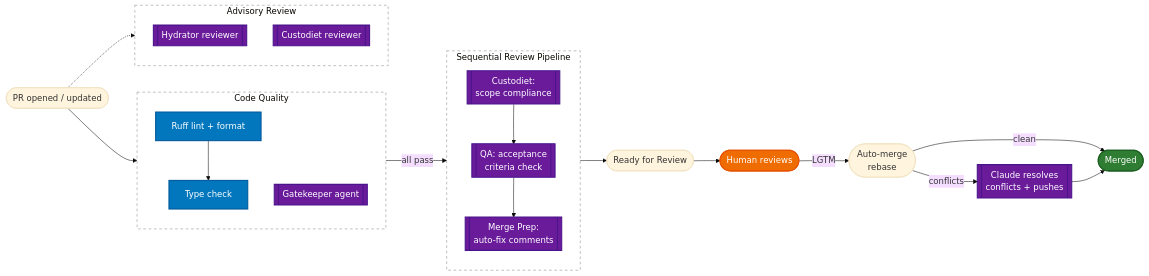
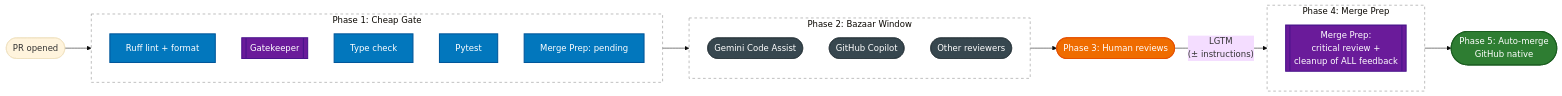
Before and after one commit to nicsuzor/academicOps: the diagram in README.md, drawn with Mermaid (base theme). The commit also changed other lines of this file and 9 other files, not shown here.

First line of the commit message:
feat: implement PR pipeline v2 — cron-based merge-prep, bazaar model

````diff
--- a/README.md
+++ b/README.md
@@ -17,49 +17,47 @@
 ```mermaid
 flowchart LR
-    PR([PR opened / updated]) --> CQ
+    PR([PR opened]) --> CQ
 
-    subgraph CQ [Code Quality]
+    subgraph CQ [Phase 1: Cheap Gate]
         Lint[Ruff lint + format]
-        Gate[[Gatekeeper agent]]
+        Gate[[Gatekeeper]]
         Types[Type check]
-        Lint --> Types
+        Tests[Pytest]
+        MPGate[Merge Prep: pending]
     end
 
-    subgraph Review [Sequential Review Pipeline]
+    CQ --> Bazaar
+
+    subgraph Bazaar [Phase 2: Bazaar Window]
         direction TB
-        Cust[[Custodiet:<br/>scope compliance]]
-        Cust --> QA[[QA: acceptance<br/>criteria check]]
-        QA --> MP[[Merge Prep:<br/>auto-fix comments]]
+        Gemini([Gemini Code Assist])
+        Copilot([GitHub Copilot])
+        Others([Other reviewers])
     end
 
-    subgraph Async [Advisory Review]
-        HydRev[[Hydrator reviewer]]
-        CustRev[[Custodiet reviewer]]
+    Bazaar --> Human([Phase 3: Human reviews])
+
+    Human -- "LGTM<br/>(± instructions)" --> Cron
+
+    subgraph Cron [Phase 4: Merge Prep]
+        MP[[Merge Prep:<br/>critical review +<br/>cleanup of ALL feedback]]
     end
 
-    CQ -- all pass --> Review
-    PR -.-> Async
-
-    Review --> Notify([Ready for Review])
-    Notify --> Human([Human reviews])
-
-    Human -- LGTM --> AutoMerge([Auto-merge<br/>rebase])
-    AutoMerge -- conflicts --> Claude[[Claude resolves<br/>conflicts + pushes]]
-    AutoMerge -- clean --> Done([Merged])
-    Claude --> Done
+    Cron --> AutoMerge([Phase 5: Auto-merge<br/>GitHub native])
 
     classDef agent fill:#6a1b9a,stroke:#4a148c,stroke-width:2px,color:#fff
-    classDef gate fill:#c62828,stroke:#b71c1c,stroke-width:2px,color:#fff
     classDef action fill:#0277bd,stroke:#01579b,stroke-width:2px,color:#fff
     classDef human fill:#ef6c00,stroke:#e65100,stroke-width:2px,color:#fff
     classDef success fill:#2e7d32,stroke:#1b5e20,stroke-width:2px,color:#fff
+    classDef bazaar fill:#37474f,stroke:#263238,stroke-width:1px,color:#fff
 
-    class Gate,Cust,QA,MP,HydRev,CustRev,Claude agent
-    class Lint,Types action
+    class Gate,MP agent
+    class Lint,Types,Tests,MPGate action
     class Human human
-    class Done success
+    class AutoMerge success
+    class Gemini,Copilot,Others bazaar
 
     style CQ fill:none,stroke:#888,stroke-dasharray: 5 5
-    style Review fill:none,stroke:#888,stroke-dasharray: 5 5
-    style Async fill:none,stroke:#888,stroke-dasharray: 5 5
+    style Bazaar fill:none,stroke:#888,stroke-dasharray: 5 5
+    style Cron fill:none,stroke:#888,stroke-dasharray: 5 5
 ```
````
